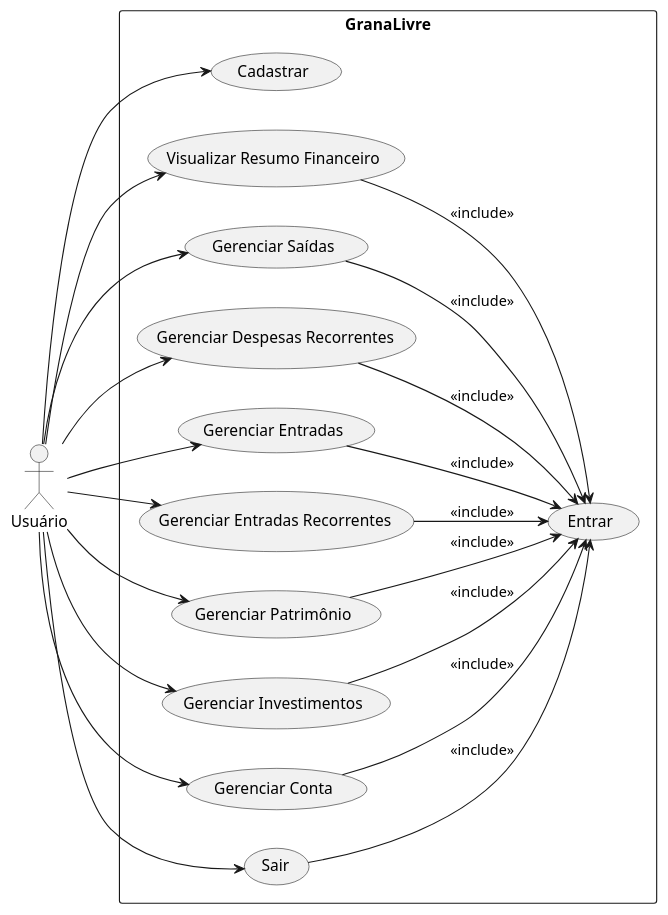
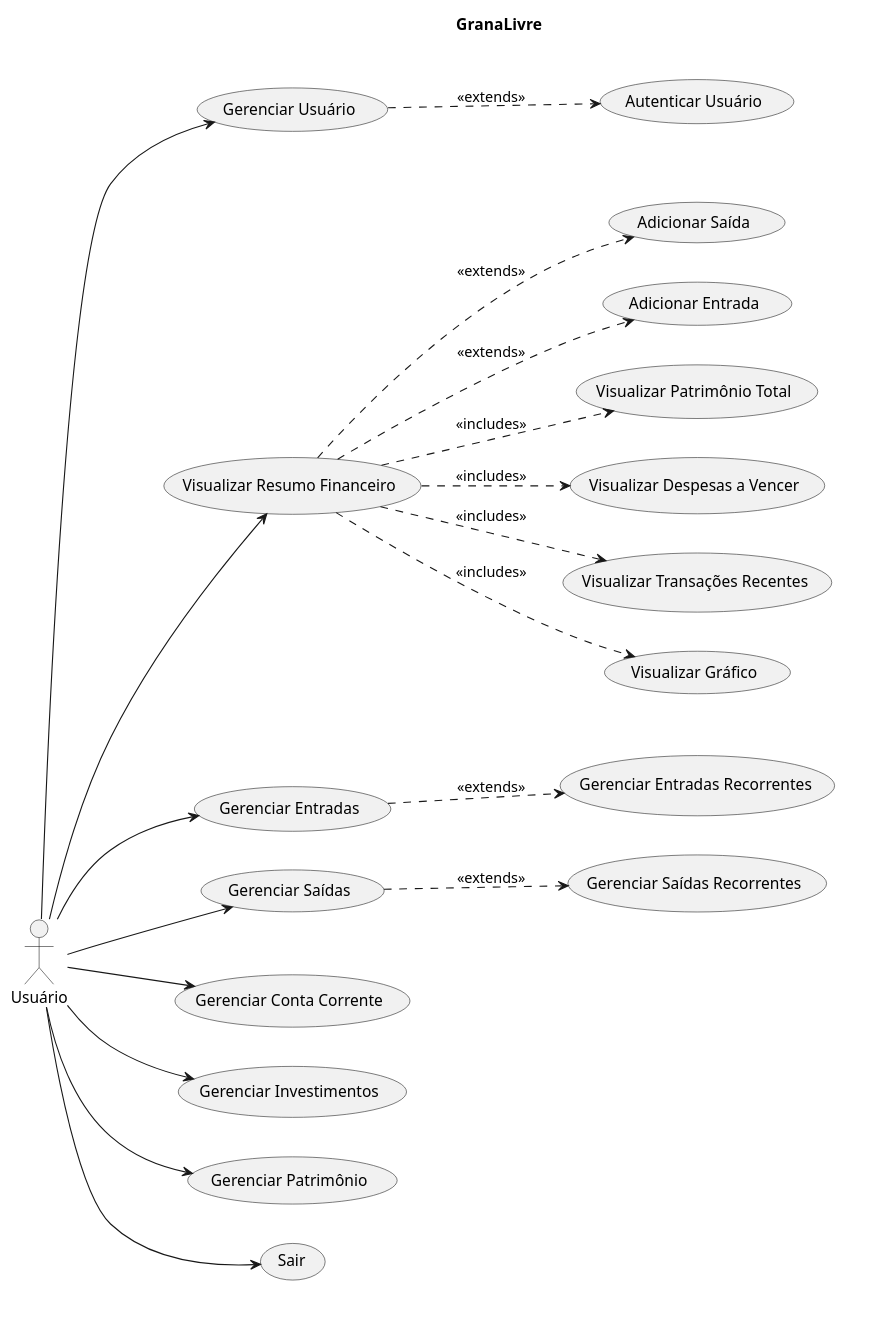
Before and after one commit to fromcaio/granalivre: the diagram in doc/diagramas/diagrama-casos-de-uso.plantuml, drawn with PlantUML. The commit also changed 3 other files, not shown here.

Commit message:
Correção parcial diagrama de casos de uso, alteração na documentação sobre banco de dados a ser utilizado.

```diff
--- a/doc/diagramas/diagrama-casos-de-uso.plantuml
+++ b/doc/diagramas/diagrama-casos-de-uso.plantuml
@@ -1,45 +1,77 @@
 @startuml GranaLivreUseCases
+
 left to right direction
+
+skinparam packageBorderColor transparent
+skinparam packageBackgroundColor transparent
 
 actor "Usuário" as User
 
 rectangle "GranaLivre" {
-    usecase "Entrar" as UC_Entrar
-    usecase "Cadastrar" as UC_Cadastrar
-    usecase "Visualizar Resumo Financeiro" as UC_Resumo
-    usecase "Gerenciar Saídas" as UC_Saidas
-    usecase "Gerenciar Despesas Recorrentes" as UC_DespesasRec
-    usecase "Gerenciar Entradas" as UC_Entradas
-    usecase "Gerenciar Entradas Recorrentes" as UC_EntradasRec
-    usecase "Gerenciar Patrimônio" as UC_Patrimonio
-    usecase "Gerenciar Investimentos" as UC_Investimentos
-    ' usecase "Liquidar Investimento" as UC_LiquidarInvest
-    usecase "Gerenciar Conta" as UC_Conta
-    usecase "Sair" as UC_Sair
 
-    ' Relacionamentos de inclusão
-    UC_Saidas --> UC_Entrar : <<include>>
-    UC_DespesasRec --> UC_Entrar : <<include>>
-    UC_Entradas --> UC_Entrar : <<include>>
-    UC_EntradasRec --> UC_Entrar : <<include>>
-    UC_Patrimonio --> UC_Entrar : <<include>>
-    UC_Investimentos --> UC_Entrar : <<include>>
-    UC_Resumo --> UC_Entrar : <<include>>
-    ' UC_LiquidarInvest --> UC_Investimentos : <<extend>>
-    UC_Sair --> UC_Entrar : <<include>>
-    UC_Conta --> UC_Entrar : <<include>>
+    ' ----------------------
+    ' Bloco: Usuário
+    ' ----------------------
+    rectangle {
+        usecase "Gerenciar Usuário" as UC_GerenciarUsuario
+        usecase "Autenticar Usuário" as UC_AutenticarUsuario
+        UC_GerenciarUsuario ..> UC_AutenticarUsuario : <<extends>>
+    }
+
+    ' ----------------------
+    ' Bloco: Resumo Financeiro
+    ' ----------------------
+    rectangle {
+        usecase "Visualizar Resumo Financeiro" as UC_Resumo
+        usecase "Visualizar Gráfico" as UC_GraficoResumo
+        usecase "Visualizar Transações Recentes" as UC_TransacoesRecentes
+        usecase "Visualizar Despesas a Vencer" as UC_DespesasVencer
+        usecase "Visualizar Patrimônio Total" as UC_PatrimonioTotal
+        usecase "Adicionar Entrada" as UC_AdicionarEntrada
+        usecase "Adicionar Saída" as UC_AdicionarSaida
+
+        UC_Resumo ..> UC_GraficoResumo : <<includes>>
+        UC_Resumo ..> UC_TransacoesRecentes : <<includes>>
+        UC_Resumo ..> UC_DespesasVencer : <<includes>>
+        UC_Resumo ..> UC_PatrimonioTotal : <<includes>>
+        UC_Resumo ..> UC_AdicionarEntrada : <<extends>>
+        UC_Resumo ..> UC_AdicionarSaida : <<extends>>
+    }
+
+    ' ----------------------
+    ' Bloco: Movimentações
+    ' ----------------------
+    rectangle {
+        usecase "Gerenciar Entradas" as UC_Entradas
+        usecase "Gerenciar Entradas Recorrentes" as UC_EntradasRecorrentes
+        usecase "Gerenciar Saídas" as UC_Saidas
+        usecase "Gerenciar Saídas Recorrentes" as UC_SaidasRecorrentes
+
+        UC_Entradas ..> UC_EntradasRecorrentes : <<extends>>
+        UC_Saidas ..> UC_SaidasRecorrentes : <<extends>>
+    }
+
+    ' ----------------------
+    ' Bloco: Outros
+    ' ----------------------
+    rectangle {
+        usecase "Gerenciar Conta Corrente" as UC_ContaCorrente
+        usecase "Gerenciar Investimentos" as UC_Investimentos
+        usecase "Gerenciar Patrimônio" as UC_Patrimonio
+        usecase "Sair" as UC_Sair
+    }
 }
 
-' Associações com o usuário
-User --> UC_Cadastrar
+' ----------------------
+' Ligações com o ator
+' ----------------------
+User --> UC_GerenciarUsuario
 User --> UC_Resumo
+User --> UC_Entradas
 User --> UC_Saidas
-User --> UC_DespesasRec
-User --> UC_Entradas
-User --> UC_EntradasRec
+User --> UC_ContaCorrente
+User --> UC_Investimentos
 User --> UC_Patrimonio
-User --> UC_Investimentos
 User --> UC_Sair
-User --> UC_Conta
 
 @enduml
```
